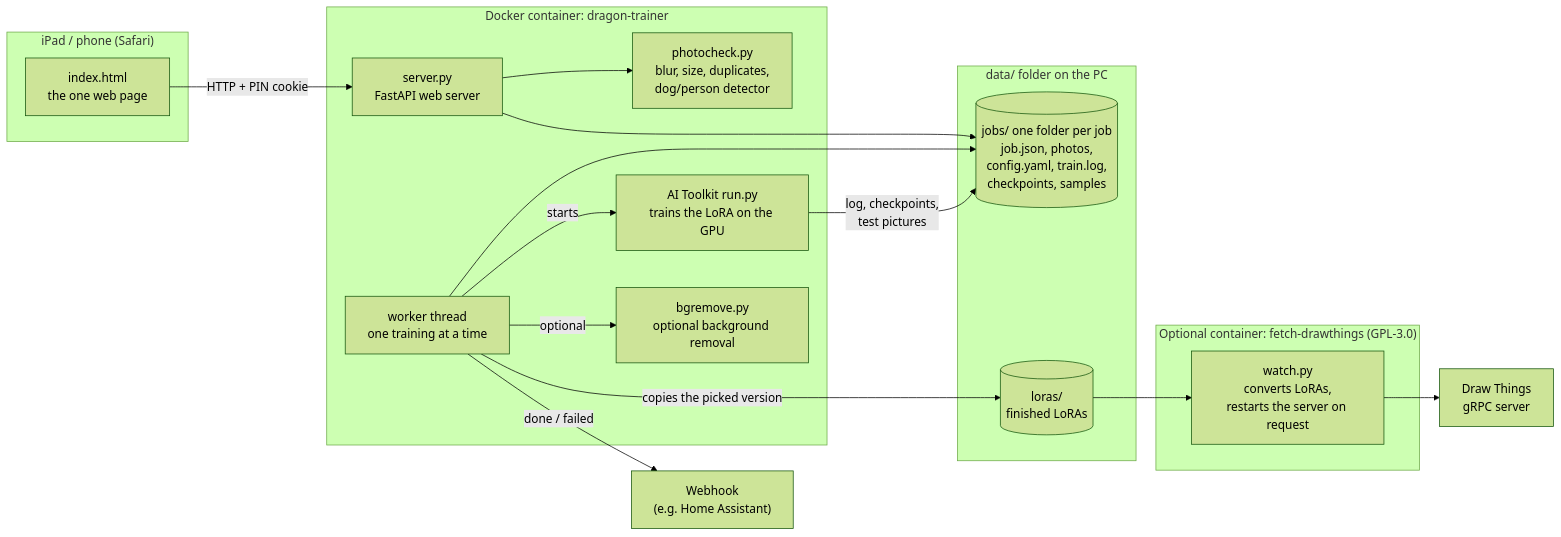
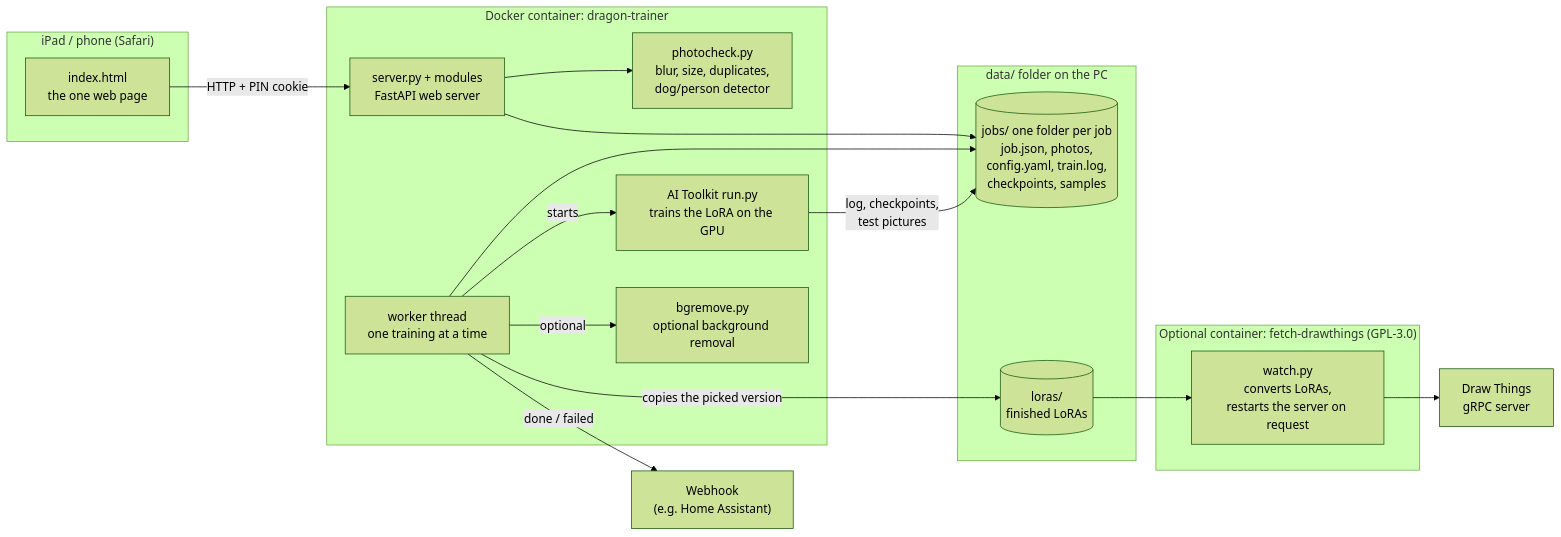
One commit to fetchlora-dev/fetch-lora changed the diagram in docs/HOW_IT_WORKS.md. Above: the diagram before and after it, drawn with Mermaid (forest theme). The commit also changed other lines of this file and 14 other files, not shown here.

First line of the commit message:
Split server.py into small modules (no behavior change)

````diff
--- a/docs/HOW_IT_WORKS.md
+++ b/docs/HOW_IT_WORKS.md
@@ -9,38 +9,38 @@
 ```mermaid
 flowchart LR
     subgraph Device["iPad / phone (Safari)"]
         UI["index.html<br/>the one web page"]
     end
 
     subgraph Trainer["Docker container: dragon-trainer"]
-        API["server.py<br/>FastAPI web server"]
+        API["server.py + modules<br/>FastAPI web server"]
         PC["photocheck.py<br/>blur, size, duplicates,<br/>dog/person detector"]
         BG["bgremove.py<br/>optional background removal"]
         W["worker thread<br/>one training at a time"]
         AITK["AI Toolkit run.py<br/>trains the LoRA on the GPU"]
     end
 
     subgraph Disk["data/ folder on the PC"]
         JOBS[("jobs/ one folder per job<br/>job.json, photos,<br/>config.yaml, train.log,<br/>checkpoints, samples")]
         LORAS[("loras/<br/>finished LoRAs")]
     end
 
     subgraph Addon["Optional container: fetch-drawthings (GPL-3.0)"]
         WATCH["watch.py<br/>converts LoRAs,<br/>restarts the server on request"]
     end
 
     DT["Draw Things<br/>gRPC server"]
     HOOK["Webhook<br/>(e.g. Home Assistant)"]
 
     UI -- "HTTP + PIN cookie" --> API
     API --> PC
     API --> JOBS
     W --> JOBS
     W -- "starts" --> AITK
     W -- "optional" --> BG
     AITK -- "log, checkpoints,<br/>test pictures" --> JOBS
     W -- "copies the picked version" --> LORAS
     W -- "done / failed" --> HOOK
     LORAS --> WATCH
     WATCH --> DT
 ```
````
